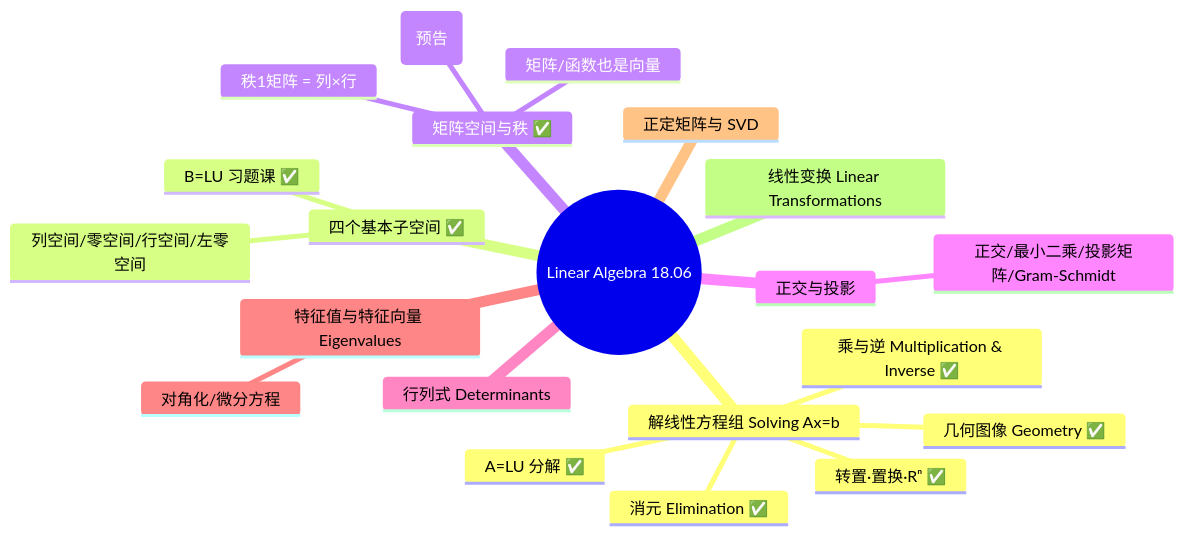
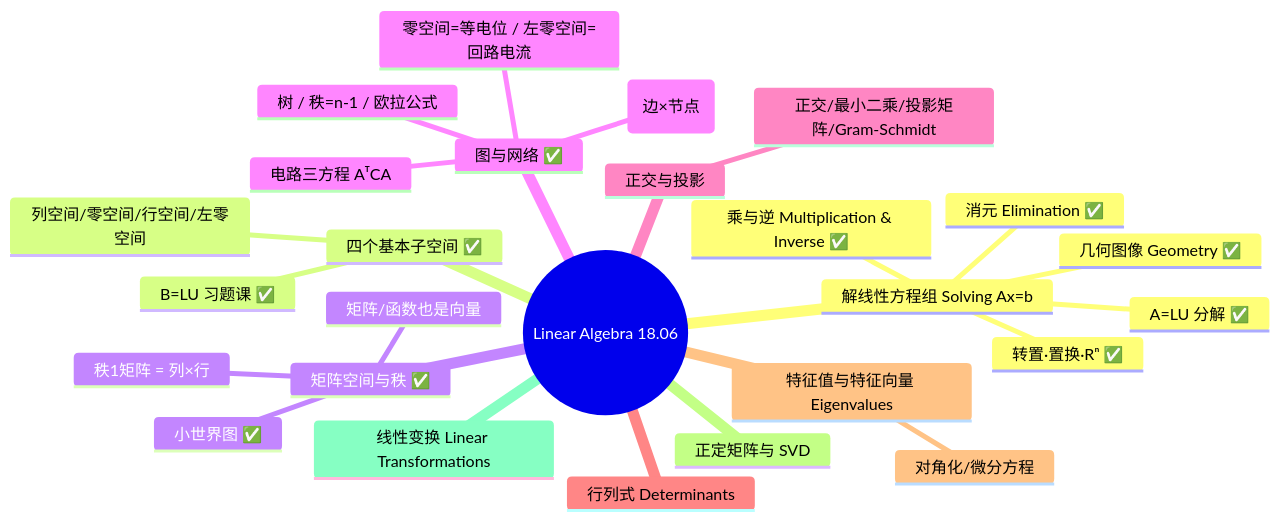
Before and after one commit to Korotomx/STD: the diagram in Math/Linear Algebra/主页.md, drawn with Mermaid. The commit also changed other lines of this file and 5 other files, not shown here.

````diff
--- a/Math/Linear Algebra/主页.md
+++ b/Math/Linear Algebra/主页.md
@@ -13,24 +13,29 @@
 ```mermaid
 mindmap
   root((Linear Algebra 18.06))
     解线性方程组 Solving Ax=b
       几何图像 Geometry ✅
       消元 Elimination ✅
       乘与逆 Multiplication & Inverse ✅
       A=LU 分解 ✅
       转置·置换·Rⁿ ✅
     四个基本子空间 ✅
       列空间/零空间/行空间/左零空间
       B=LU 习题课 ✅
     矩阵空间与秩 ✅
       矩阵/函数也是向量
       秩1矩阵 = 列×行
-      小世界图(预告)
+      小世界图 ✅
+    图与网络 ✅
+      关联矩阵(边×节点)
+      零空间=等电位 / 左零空间=回路电流
+      树 / 秩=n-1 / 欧拉公式
+      电路三方程 AᵀCA
     正交与投影
       正交/最小二乘/投影矩阵/Gram-Schmidt
     行列式 Determinants
     特征值与特征向量 Eigenvalues
       对角化/微分方程
     正定矩阵与 SVD
     线性变换 Linear Transformations
 ```
````
